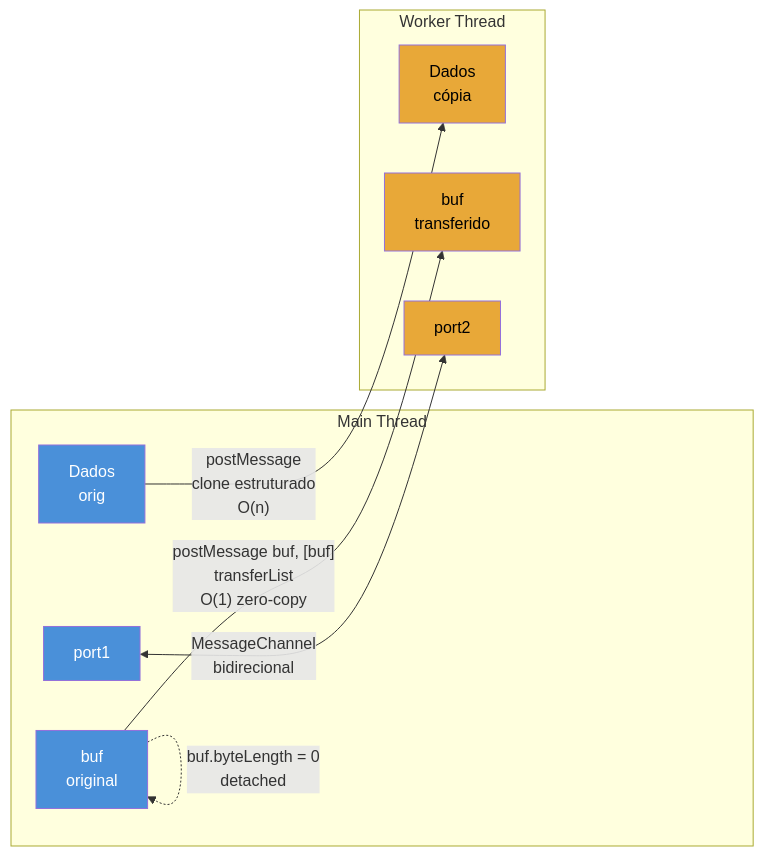
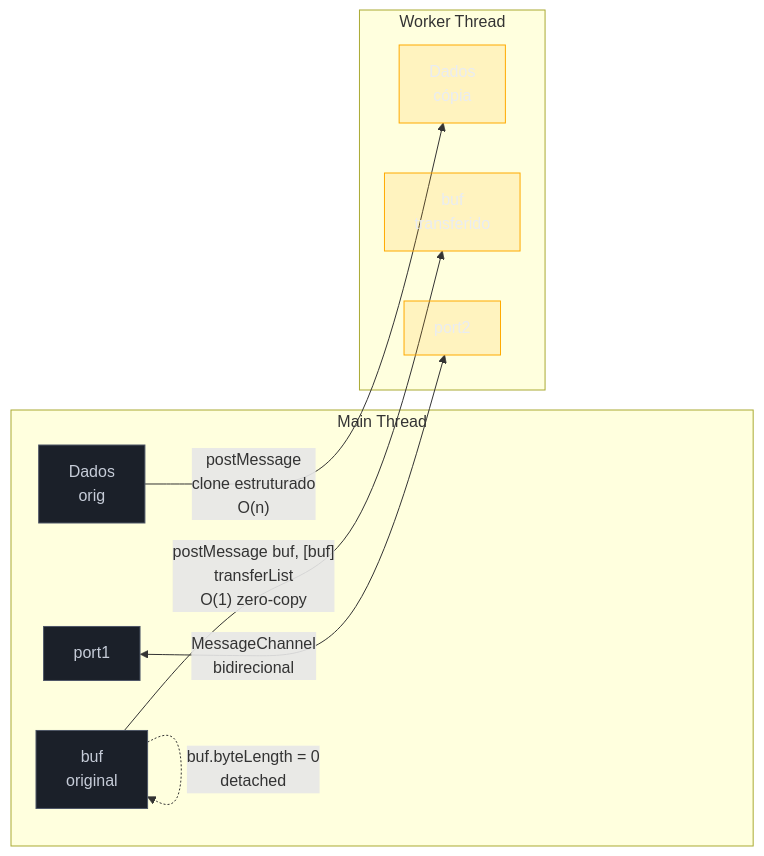
The diagram in 03-Dominios/Tecnologia/Node/Paralelismo/04 - Comunicação entre workers - postMessage e MessageChannel.md (josenaldo/codex-technomanticus), drawn with Mermaid before and after one commit. The commit also changed 1181 other files, not shown here.

First line of the commit message:
fix(diagramas): paleta do sistema no lugar de cor cravada no markdown

````diff
--- a/03-Dominios/Tecnologia/Node/Paralelismo/04 - Comunicação entre workers - postMessage e MessageChannel.md
+++ b/03-Dominios/Tecnologia/Node/Paralelismo/04 - Comunicação entre workers - postMessage e MessageChannel.md
@@ -57,26 +57,28 @@
 ```mermaid
 flowchart LR
+    classDef neutro fill:#1B2029,stroke:#4E5666,color:#C6CCD8
+    classDef destaque fill:#FFAA0024,stroke:#FFAA00,color:#E9ECF2
     subgraph Main["Main Thread"]
         M1[Dados\norig]
         M2[buf\noriginal]
         M3[port1]
     end
 
     subgraph Worker["Worker Thread"]
         W1[Dados\ncópia]
         W2[buf\ntransferido]
         W3[port2]
     end
 
     M1 -->|"postMessage\nclone estruturado\nO(n)"| W1
     M2 -->|"postMessage buf, [buf]\ntransferList\nO(1) zero-copy"| W2
     M2 -.->|"buf.byteLength = 0\ndetached"| M2
     M3 <-->|"MessageChannel\nbidirecional"| W3
 
-    style M1 fill:#4A90D9,color:#fff
-    style M2 fill:#4A90D9,color:#fff
-    style M3 fill:#4A90D9,color:#fff
-    style W1 fill:#E8A838,color:#000
-    style W2 fill:#E8A838,color:#000
-    style W3 fill:#E8A838,color:#000
+    class M1 neutro
+    class M2 neutro
+    class M3 neutro
+    class W1 destaque
+    class W2 destaque
+    class W3 destaque
 ```
````
